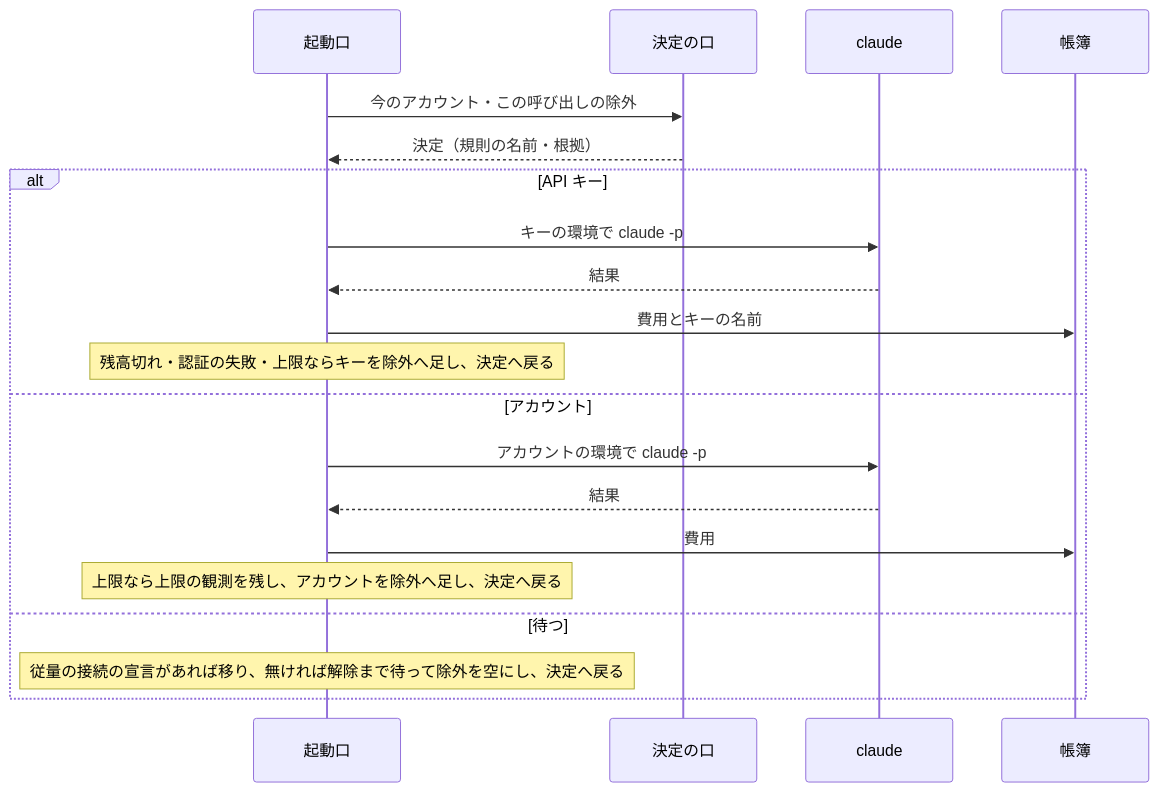
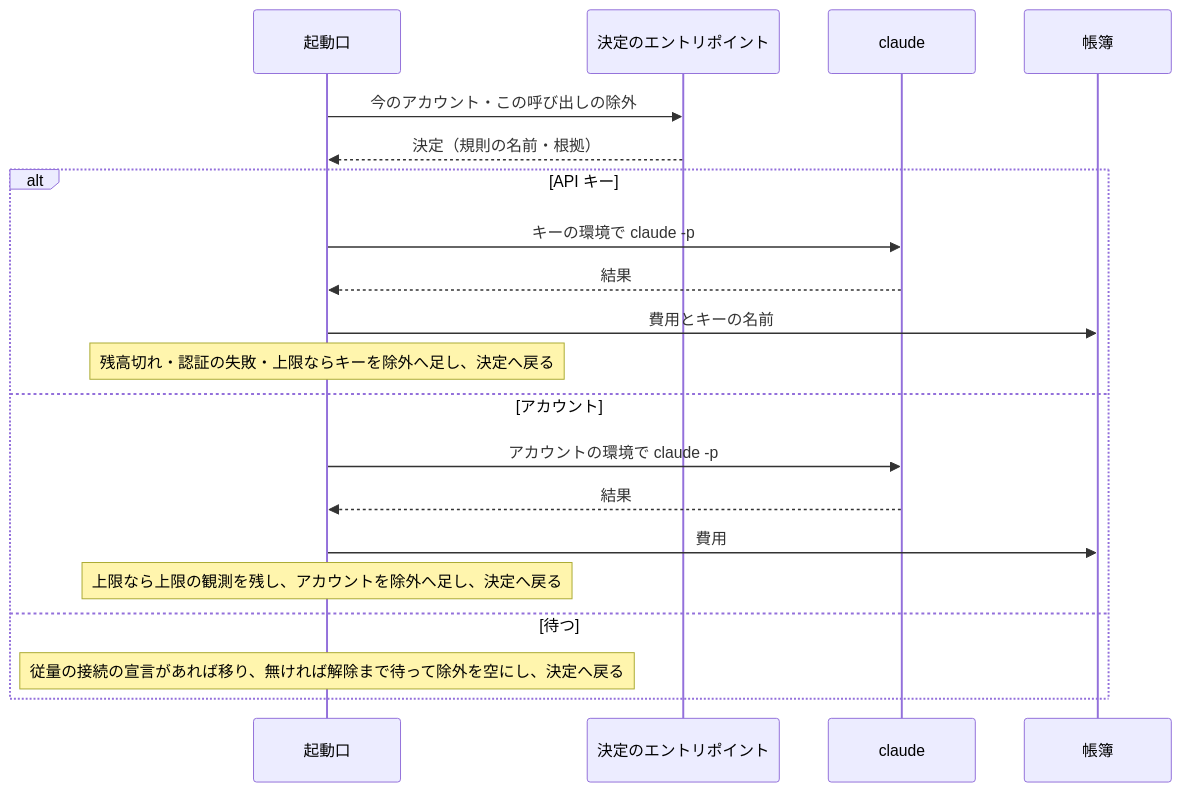
Before and after one commit to devbasex/ai-plugins: the third of 4 diagrams in issues/issue-2930-design.md, drawn with Mermaid. The commit also changed other lines of this file and 1 other file, not shown here.

First line of the commit message:
Docs: #2930 の設計文書を組み直す（長い文を分け、題から仕組みの語を外し、「決定の口」をエントリポイントへ置き換える）

````diff
--- a/issues/issue-2930-design.md
+++ b/issues/issue-2930-design.md
@@ -378,22 +378,22 @@
 ```mermaid
 sequenceDiagram
     participant 起動口
-    participant 決定の口
+    participant 決定のエントリポイント
     participant claude
     participant 帳簿
-    起動口->>決定の口: 今のアカウント・この呼び出しの除外
-    決定の口-->>起動口: 決定（規則の名前・根拠）
+    起動口->>決定のエントリポイント: 今のアカウント・この呼び出しの除外
+    決定のエントリポイント-->>起動口: 決定（規則の名前・根拠）
     alt API キー
         起動口->>claude: キーの環境で claude -p
         claude-->>起動口: 結果
         起動口->>帳簿: 費用とキーの名前
         Note over 起動口: 残高切れ・認証の失敗・上限ならキーを除外へ足し、決定へ戻る
     else アカウント
         起動口->>claude: アカウントの環境で claude -p
         claude-->>起動口: 結果
         起動口->>帳簿: 費用
         Note over 起動口: 上限なら上限の観測を残し、アカウントを除外へ足し、決定へ戻る
     else 待つ
         Note over 起動口: 従量の接続の宣言があれば移り、無ければ解除まで待って除外を空にし、決定へ戻る
     end
 ```
````
